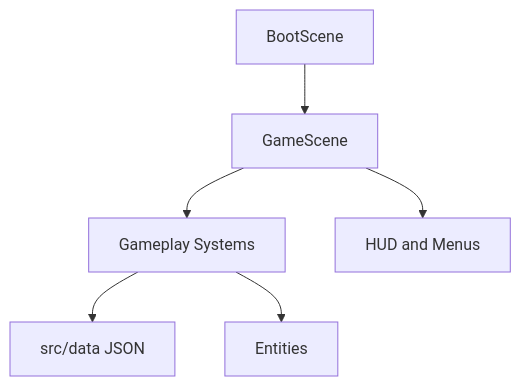
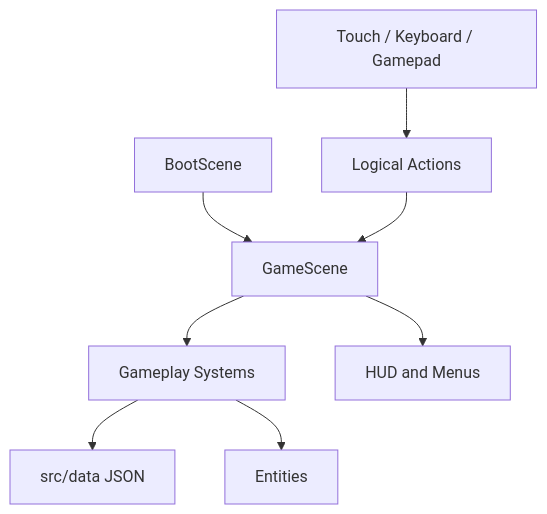
One commit to Joncallim/Meowcenary changed the diagram in docs/architecture.md. Above: the diagram before and after it, drawn with Mermaid. The commit also changed other lines of this file, not shown here.

Commit message:
docs: add controller and achievement architecture boundaries

````diff
--- a/docs/architecture.md
+++ b/docs/architecture.md
@@ -24,8 +26,10 @@
 ```mermaid
 flowchart TD
   Boot[BootScene] --> Game[GameScene]
   Game --> Systems[Gameplay Systems]
   Systems --> Data[src/data JSON]
   Systems --> Entities[Entities]
   Game --> UI[HUD and Menus]
+  InputAdapters[Touch / Keyboard / Gamepad] --> Actions[Logical Actions]
+  Actions --> Game
 ```
````
